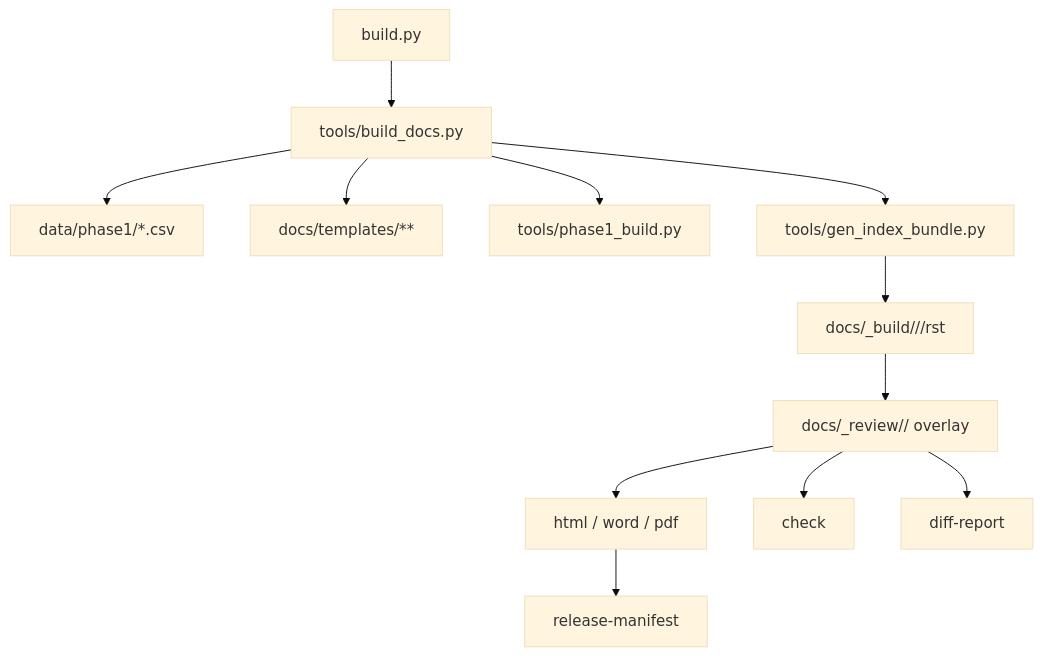
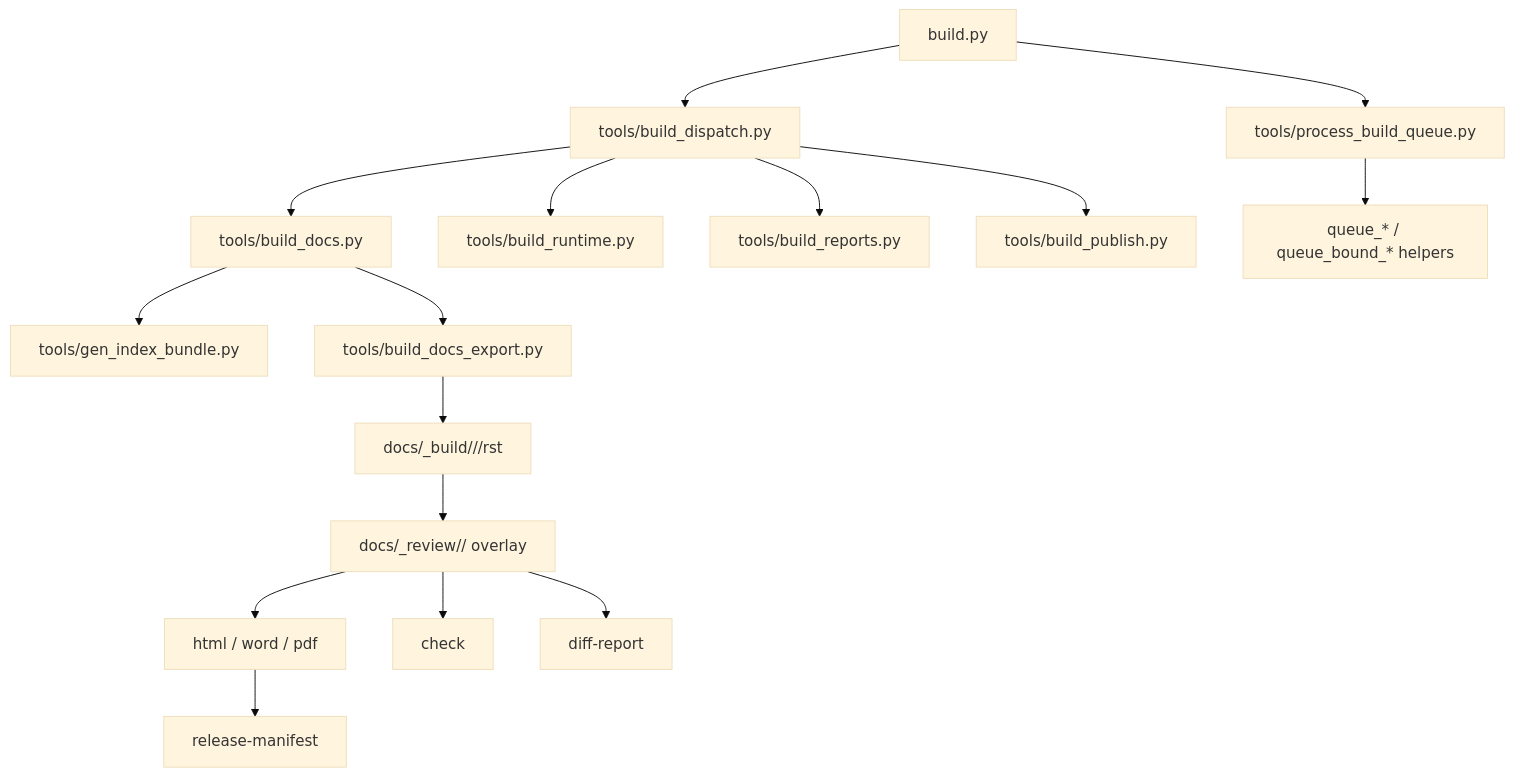
One commit to Bingboom/auto-manual changed the diagram in code-as-doc/architecture/Hello_Docs_Architecture.md. Above: the diagram before and after it, drawn with Mermaid (base theme). The commit also changed other lines of this file and 25 other files, not shown here.

````diff
--- a/code-as-doc/architecture/Hello_Docs_Architecture.md
+++ b/code-as-doc/architecture/Hello_Docs_Architecture.md
@@ -133,14 +159,18 @@
 ```mermaid
 flowchart TD
-  A["build.py"] --> B["tools/build_docs.py"]
-  B --> C["data/phase1/*.csv"]
-  B --> D["docs/templates/**"]
-  B --> E["tools/phase1_build.py"]
-  B --> F["tools/gen_index_bundle.py"]
-  F --> G["docs/_build/<model>/<region>/rst"]
-  G --> H["docs/_review/<model>/<region> overlay"]
-  H --> I["html / word / pdf"]
-  H --> J["check"]
-  H --> K["diff-report"]
-  I --> L["release-manifest"]
+  A["build.py"] --> B["tools/build_dispatch.py"]
+  B --> C["tools/build_docs.py"]
+  B --> D["tools/build_runtime.py"]
+  B --> E["tools/build_reports.py"]
+  B --> F["tools/build_publish.py"]
+  C --> G["tools/gen_index_bundle.py"]
+  C --> H["tools/build_docs_export.py"]
+  H --> I["docs/_build/<model>/<region>/rst"]
+  I --> J["docs/_review/<model>/<region> overlay"]
+  J --> K["html / word / pdf"]
+  J --> L["check"]
+  J --> M["diff-report"]
+  K --> N["release-manifest"]
+  A --> O["tools/process_build_queue.py"]
+  O --> P["queue_* / queue_bound_* helpers"]
 ```
````
